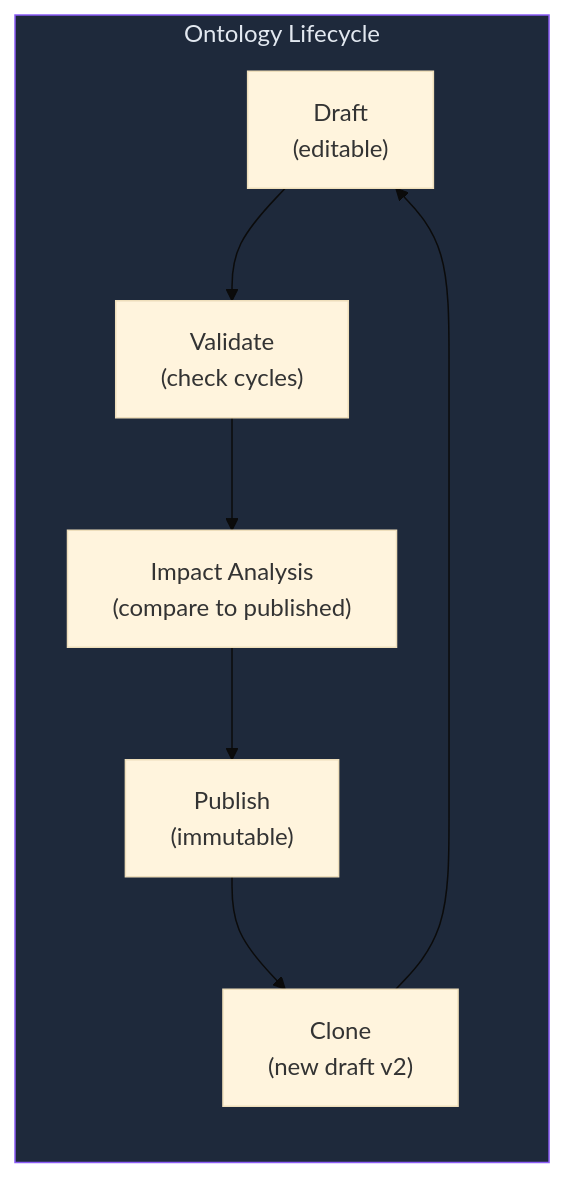
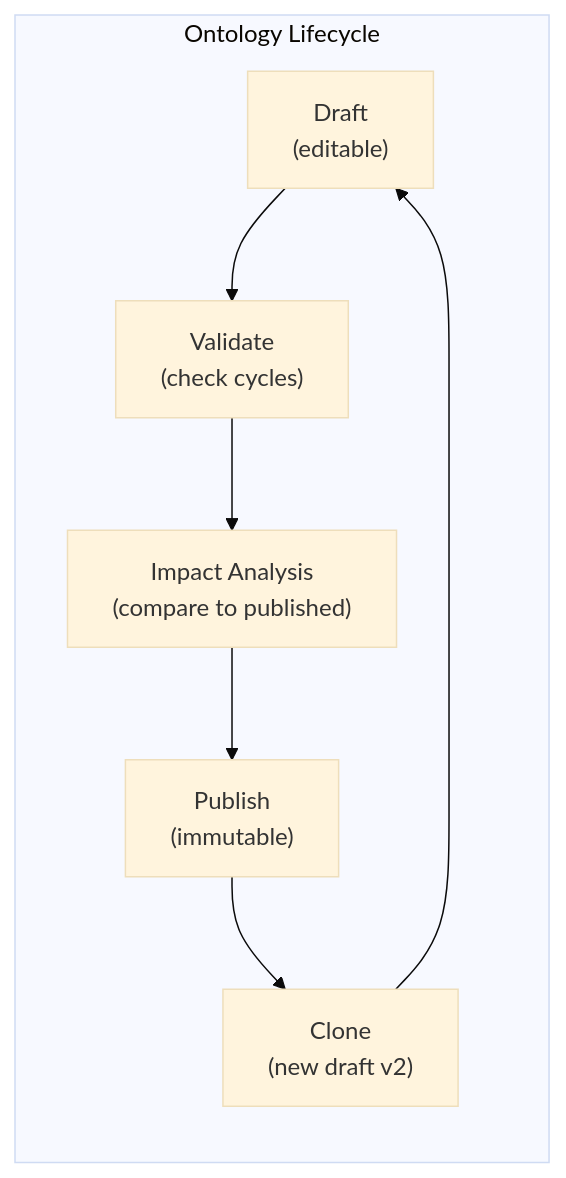
Before and after one commit to rkrumins/dataviz: the fifth of 10 diagrams in docs/OVERVIEW.md, drawn with Mermaid (base theme). The commit also changed other lines of this file and 46 other files, not shown here.

````diff
--- a/docs/OVERVIEW.md
+++ b/docs/OVERVIEW.md
@@ -243,12 +233,11 @@
 ```mermaid
 graph LR
     subgraph Lifecycle["Ontology Lifecycle"]
         Draft["Draft<br/>(editable)"] --> Validate["Validate<br/>(check cycles)"]
         Validate --> Impact["Impact Analysis<br/>(compare to published)"]
         Impact --> Publish["Publish<br/>(immutable)"]
         Publish --> Clone["Clone<br/>(new draft v2)"]
         Clone --> Draft
     end
 
-    style Lifecycle fill:#1e293b,stroke:#8b5cf6,color:#e2e8f0
 ```
````
